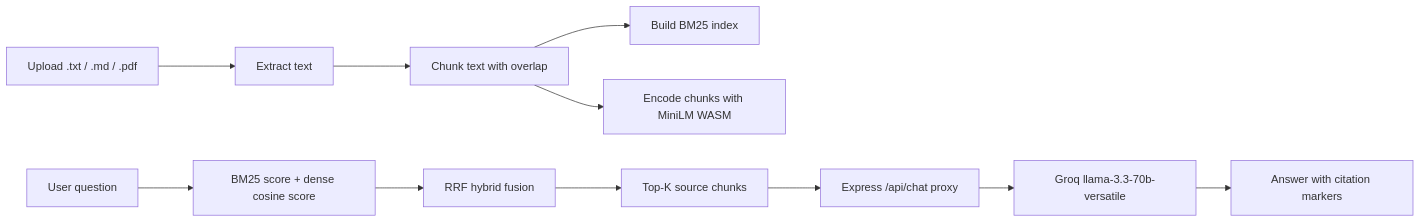
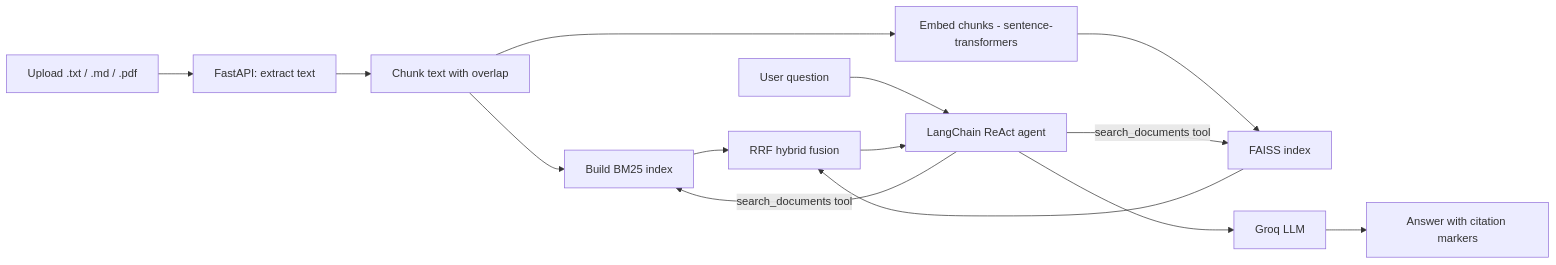
The diagram in README.md (Akito72/rag_pdf), drawn with Mermaid before and after one commit. The commit also changed other lines of this file and 16 other files, not shown here.

````diff
--- a/README.md
+++ b/README.md
@@ -13,13 +17,16 @@
 ```mermaid
 flowchart LR
-  A[Upload .txt / .md / .pdf] --> B[Extract text]
+  A[Upload .txt / .md / .pdf] --> B[FastAPI: extract text]
   B --> C[Chunk text with overlap]
   C --> D[Build BM25 index]
-  C --> E[Encode chunks with MiniLM WASM]
-  F[User question] --> G[BM25 score + dense cosine score]
-  G --> H[RRF hybrid fusion]
-  H --> I[Top-K source chunks]
-  I --> J[Express /api/chat proxy]
-  J --> K[Groq llama-3.3-70b-versatile]
-  K --> L[Answer with citation markers]
+  C --> E[Embed chunks - sentence-transformers]
+  E --> F[FAISS index]
+  G[User question] --> H[LangChain ReAct agent]
+  H -- search_documents tool --> D
+  H -- search_documents tool --> F
+  D --> I[RRF hybrid fusion]
+  F --> I
+  I --> H
+  H --> J[Groq LLM]
+  J --> K[Answer with citation markers]
 ```
````
